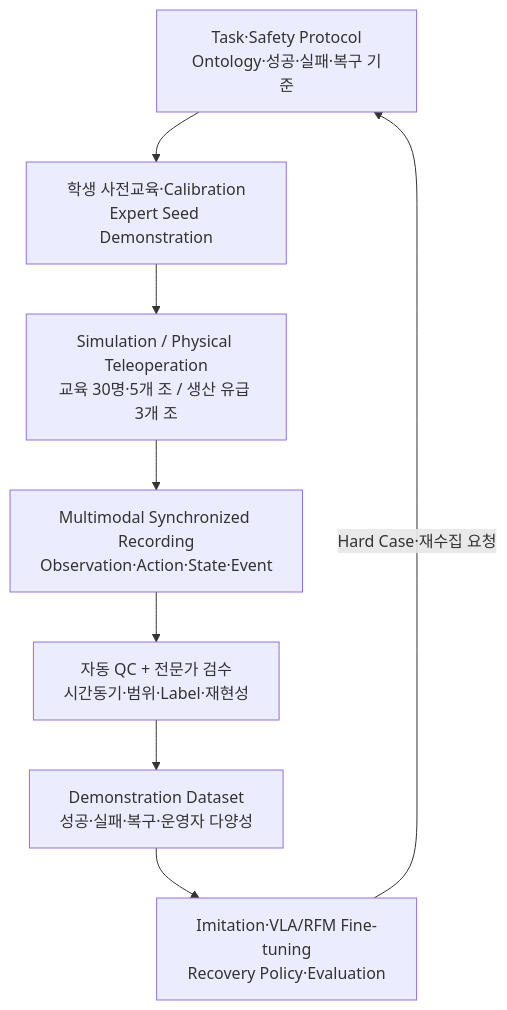
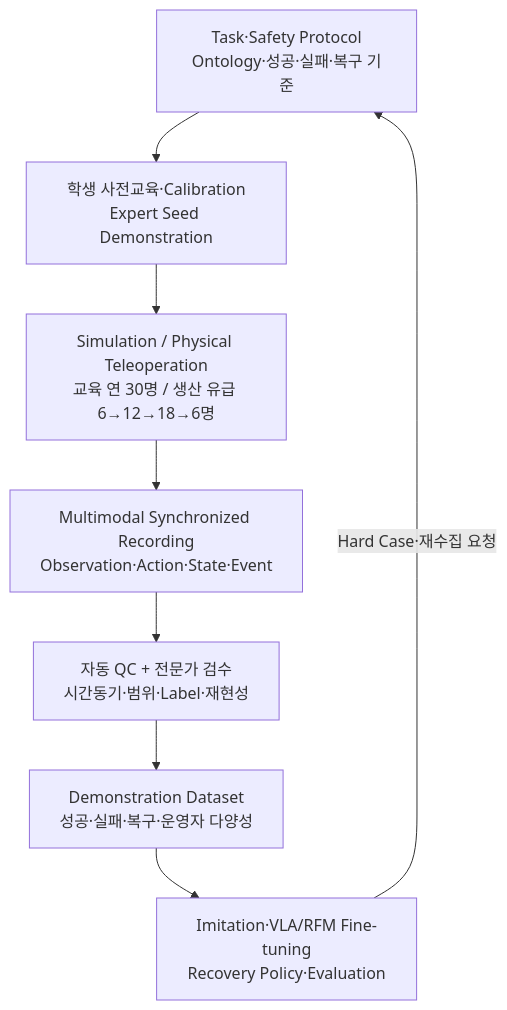
The fourth of 10 diagrams in homepage-src/docs/projects/manufacturing-data-factory-rfm/technical.md (parclab-hsu/parclab-hsu.github.io), drawn with Mermaid before and after one commit. The commit also changed other lines of this file and 8 other files, not shown here.

````diff
--- a/homepage-src/docs/projects/manufacturing-data-factory-rfm/technical.md
+++ b/homepage-src/docs/projects/manufacturing-data-factory-rfm/technical.md
@@ -499,10 +505,10 @@
 ```mermaid
 flowchart TB
     PROTOCOL["Task·Safety Protocol<br/>Ontology·성공·실패·복구 기준"] --> TRAINING["학생 사전교육·Calibration<br/>Expert Seed Demonstration"]
-    TRAINING --> TELEOP["Simulation / Physical Teleoperation<br/>교육 30명·5개 조 / 생산 유급 3개 조"]
+    TRAINING --> TELEOP["Simulation / Physical Teleoperation<br/>교육 연 30명 / 생산 유급 6→12→18→6명"]
     TELEOP --> RECORD["Multimodal Synchronized Recording<br/>Observation·Action·State·Event"]
     RECORD --> QC["자동 QC + 전문가 검수<br/>시간동기·범위·Label·재현성"]
     QC --> DATASET["Demonstration Dataset<br/>성공·실패·복구·운영자 다양성"]
     DATASET --> LEARN["Imitation·VLA/RFM Fine-tuning<br/>Recovery Policy·Evaluation"]
     LEARN -->|Hard Case·재수집 요청| PROTOCOL
 ```
````
